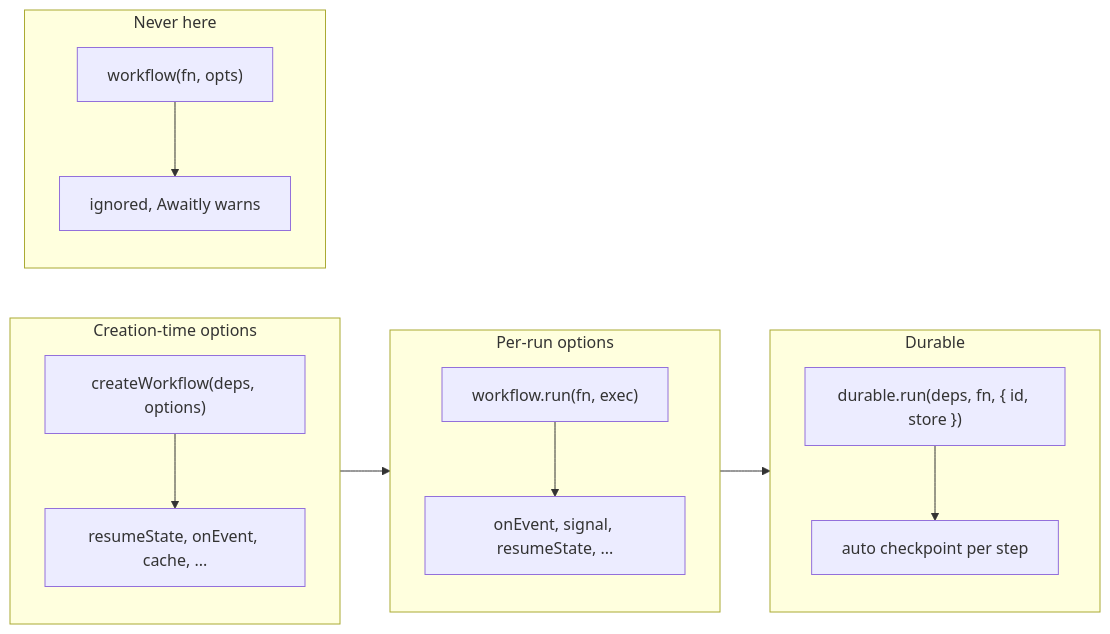
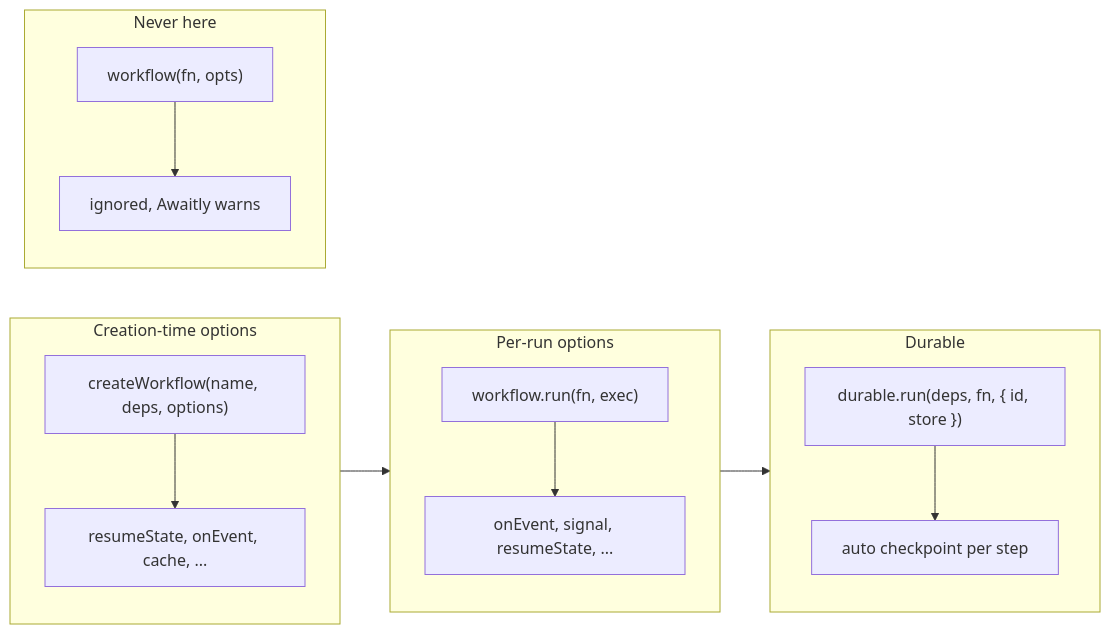
One commit to jagreehal/awaitly changed the diagram in apps/docs-site/src/content/docs/foundations/index.mdx. Above: the diagram before and after it, drawn with Mermaid. The commit also changed other lines of this file and 161 other files, not shown here.

````diff
--- a/apps/docs-site/src/content/docs/foundations/index.mdx
+++ b/apps/docs-site/src/content/docs/foundations/index.mdx
@@ -66,27 +66,27 @@
 ```mermaid
 flowchart LR
   subgraph creation [Creation-time options]
-    createWorkflow["createWorkflow(deps, options)"]
+    createWorkflow["createWorkflow(name, deps, options)"]
     options[resumeState, onEvent, cache, ...]
     createWorkflow --> options
   end
 
   subgraph run [Per-run options]
     workflowRun["workflow.run(fn, exec)"]
     exec[onEvent, signal, resumeState, ...]
     workflowRun --> exec
   end
 
   subgraph never [Never here]
     bad["workflow(fn, opts)"]
     bad --> ignored[ignored, Awaitly warns]
   end
 
   subgraph durable [Durable]
     durableRun["durable.run(deps, fn, { id, store })"]
     durableRun --> auto[auto checkpoint per step]
   end
 
   creation --> run
   run --> durable
 ```
````
